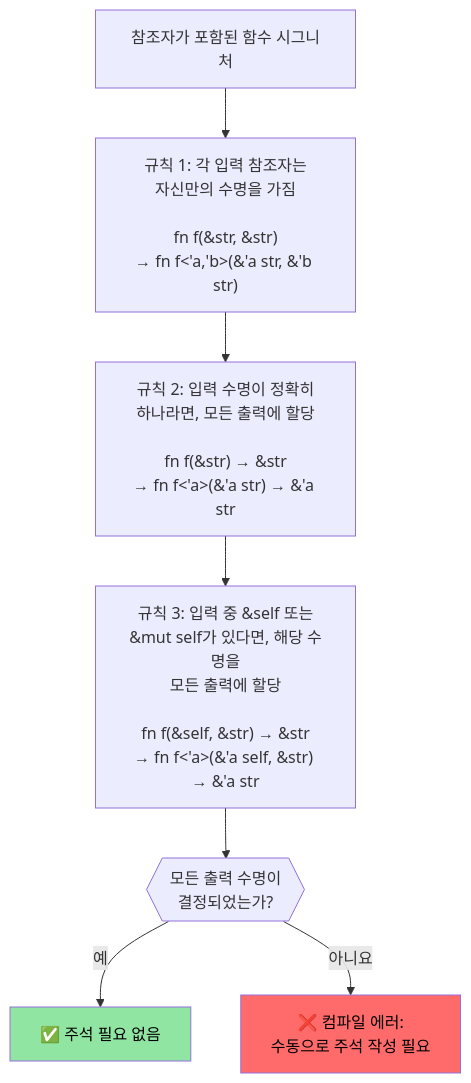
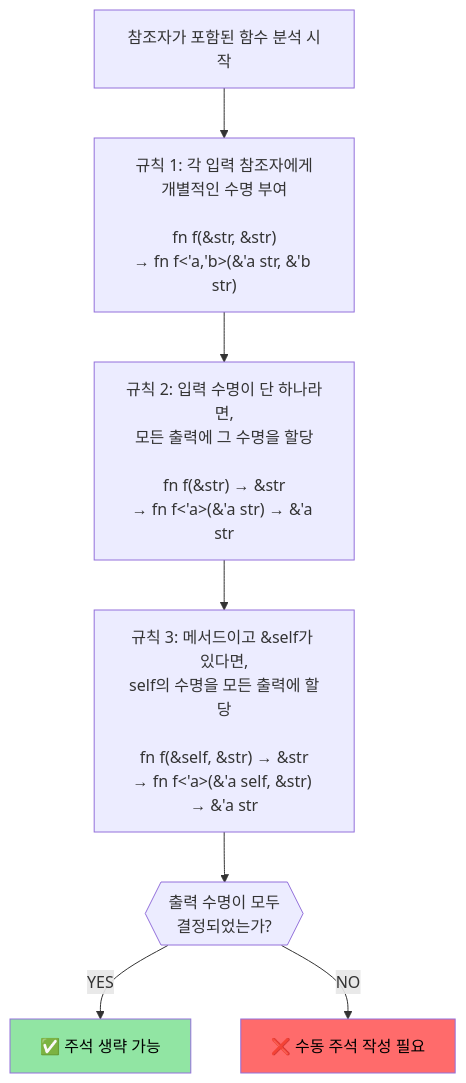
The diagram in c-cpp-book/src/ch07-1-lifetimes-and-borrowing-deep-dive.md (partrita/RustTraining), drawn with Mermaid before and after one commit. The commit also changed other lines of this file and 157 other files, not shown here.

````diff
--- a/c-cpp-book/src/ch07-1-lifetimes-and-borrowing-deep-dive.md
+++ b/c-cpp-book/src/ch07-1-lifetimes-and-borrowing-deep-dive.md
@@ -179,15 +100,15 @@
 ```mermaid
 flowchart TD
-    A["참조자가 포함된 함수 시그니처"] --> R1
-    R1["규칙 1: 각 입력 참조자는<br/>자신만의 수명을 가짐<br/><br/>fn f(&str, &str)<br/>→ fn f<'a,'b>(&'a str, &'b str)"]
+    A["참조자가 포함된 함수 분석 시작"] --> R1
+    R1["규칙 1: 각 입력 참조자에게<br/>개별적인 수명 부여<br/><br/>fn f(&str, &str)<br/>→ fn f<'a,'b>(&'a str, &'b str)"]
     R1 --> R2
-    R2["규칙 2: 입력 수명이 정확히<br/>하나라면, 모든 출력에 할당<br/><br/>fn f(&str) → &str<br/>→ fn f<'a>(&'a str) → &'a str"]
+    R2["규칙 2: 입력 수명이 단 하나라면,<br/>모든 출력에 그 수명을 할당<br/><br/>fn f(&str) → &str<br/>→ fn f<'a>(&'a str) → &'a str"]
     R2 --> R3
-    R3["규칙 3: 입력 중 &self 또는<br/>&mut self가 있다면, 해당 수명을<br/>모든 출력에 할당<br/><br/>fn f(&self, &str) → &str<br/>→ fn f<'a>(&'a self, &str) → &'a str"]
-    R3 --> CHECK{{"모든 출력 수명이<br/>결정되었는가?"}}
-    CHECK -->|"예"| OK["✅ 주석 필요 없음"]
-    CHECK -->|"아니요"| ERR["❌ 컴파일 에러:<br/>수동으로 주석 작성 필요"]
-    
+    R3["규칙 3: 메서드이고 &self가 있다면,<br/>self의 수명을 모든 출력에 할당<br/><br/>fn f(&self, &str) → &str<br/>→ fn f<'a>(&'a self, &str) → &'a str"]
+    R3 --> CHECK{{"출력 수명이 모두<br/>결정되었는가?"}}
+    CHECK -->|"YES"| OK["✅ 주석 생략 가능"]
+    CHECK -->|"NO"| ERR["❌ 수동 주석 작성 필요"]
+
     style OK fill:#91e5a3,color:#000
     style ERR fill:#ff6b6b,color:#000
 ```
````
